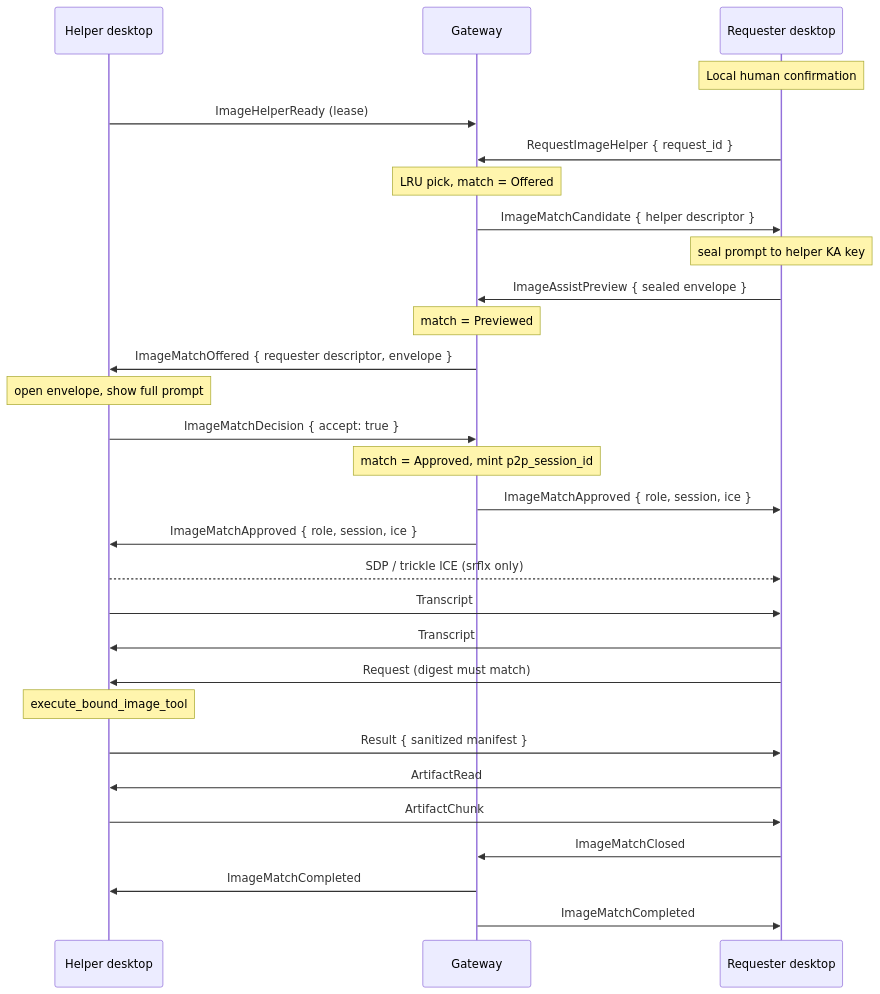
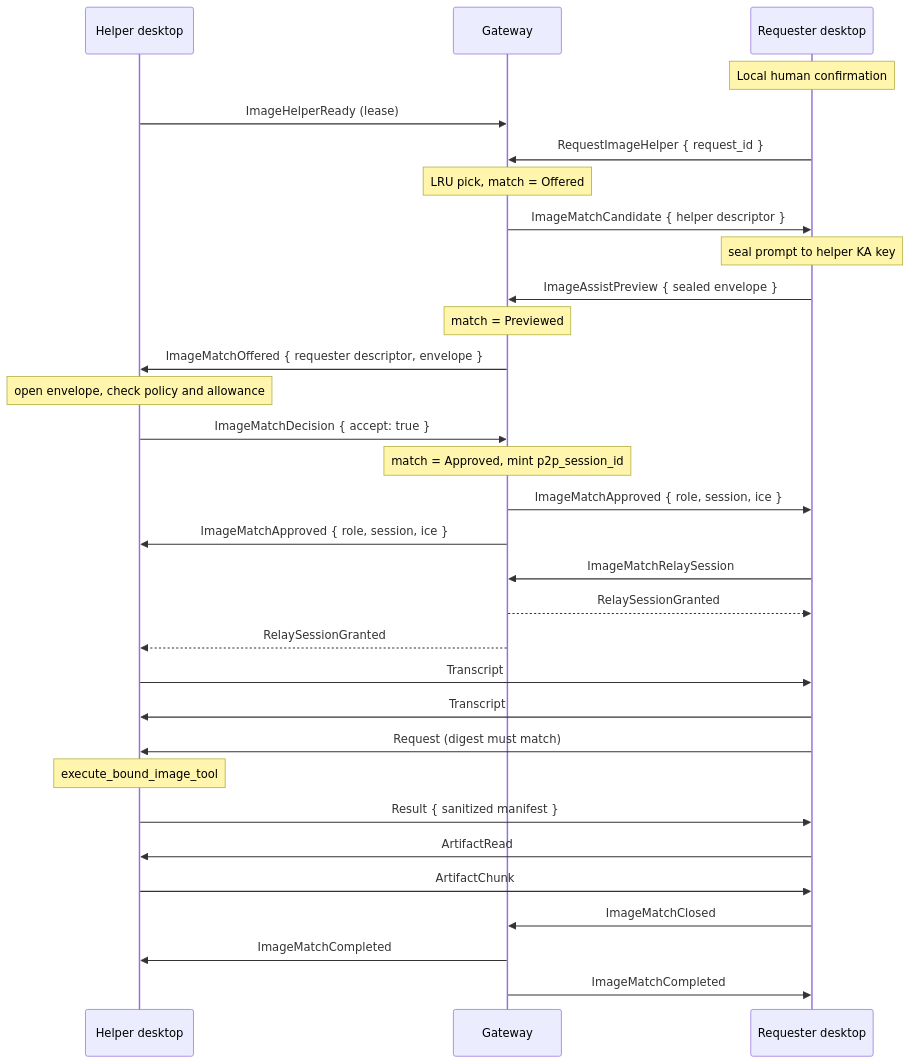
Before and after one commit to zhuyingqin/Aris: the diagram in docs/development-logic/image-assist-network.md, drawn with Mermaid. The commit also changed other lines of this file and 24 other files, not shown here.

````diff
--- a/docs/development-logic/image-assist-network.md
+++ b/docs/development-logic/image-assist-network.md
@@ -298,31 +375,33 @@
 ```mermaid
 sequenceDiagram
     participant H as Helper desktop
     participant G as Gateway
     participant R as Requester desktop
     Note over R: Local human confirmation
     H->>G: ImageHelperReady (lease)
     R->>G: RequestImageHelper { request_id }
     Note over G: LRU pick, match = Offered
     G->>R: ImageMatchCandidate { helper descriptor }
     Note over R: seal prompt to helper KA key
     R->>G: ImageAssistPreview { sealed envelope }
     Note over G: match = Previewed
     G->>H: ImageMatchOffered { requester descriptor, envelope }
-    Note over H: open envelope, show full prompt
+    Note over H: open envelope, check policy and allowance
     H->>G: ImageMatchDecision { accept: true }
     Note over G: match = Approved, mint p2p_session_id
     G->>R: ImageMatchApproved { role, session, ice }
     G->>H: ImageMatchApproved { role, session, ice }
-    H-->>R: SDP / trickle ICE (srflx only)
+    R->>G: ImageMatchRelaySession
+    G-->>R: RelaySessionGranted
+    G-->>H: RelaySessionGranted
     H->>R: Transcript
     R->>H: Transcript
     R->>H: Request (digest must match)
     Note over H: execute_bound_image_tool
     H->>R: Result { sanitized manifest }
     R->>H: ArtifactRead
     H->>R: ArtifactChunk
     R->>G: ImageMatchClosed
     G->>H: ImageMatchCompleted
     G->>R: ImageMatchCompleted
 ```
````
